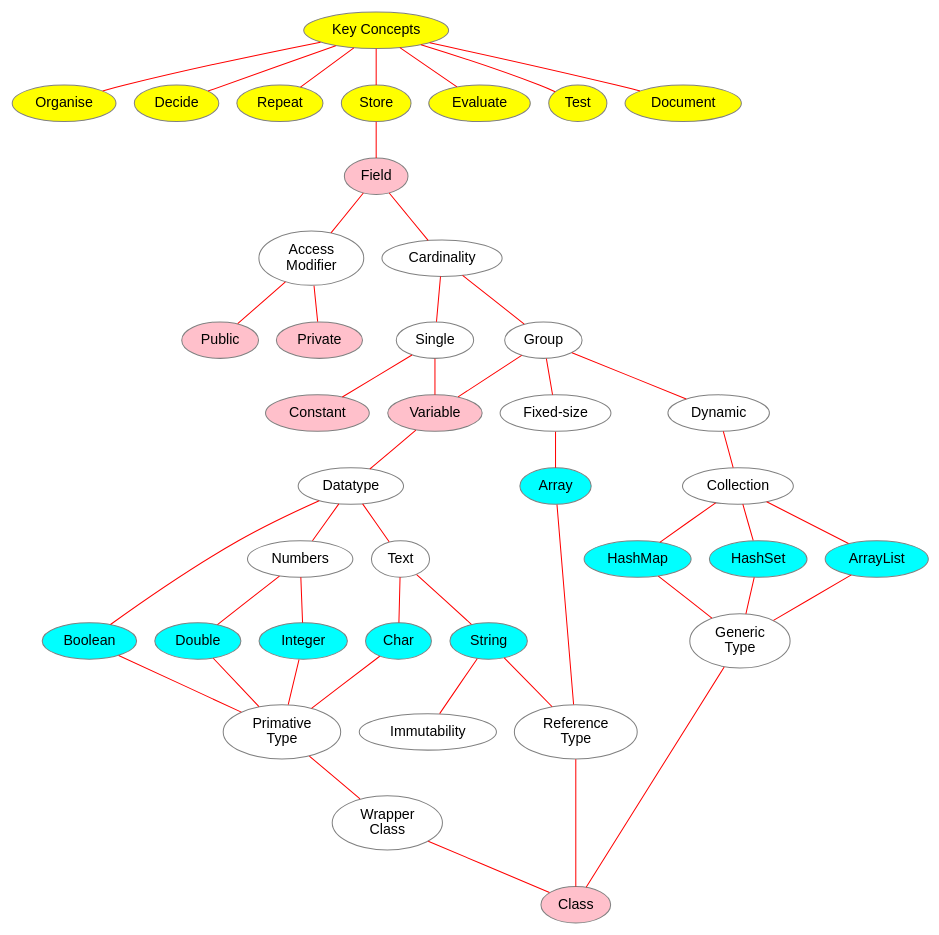
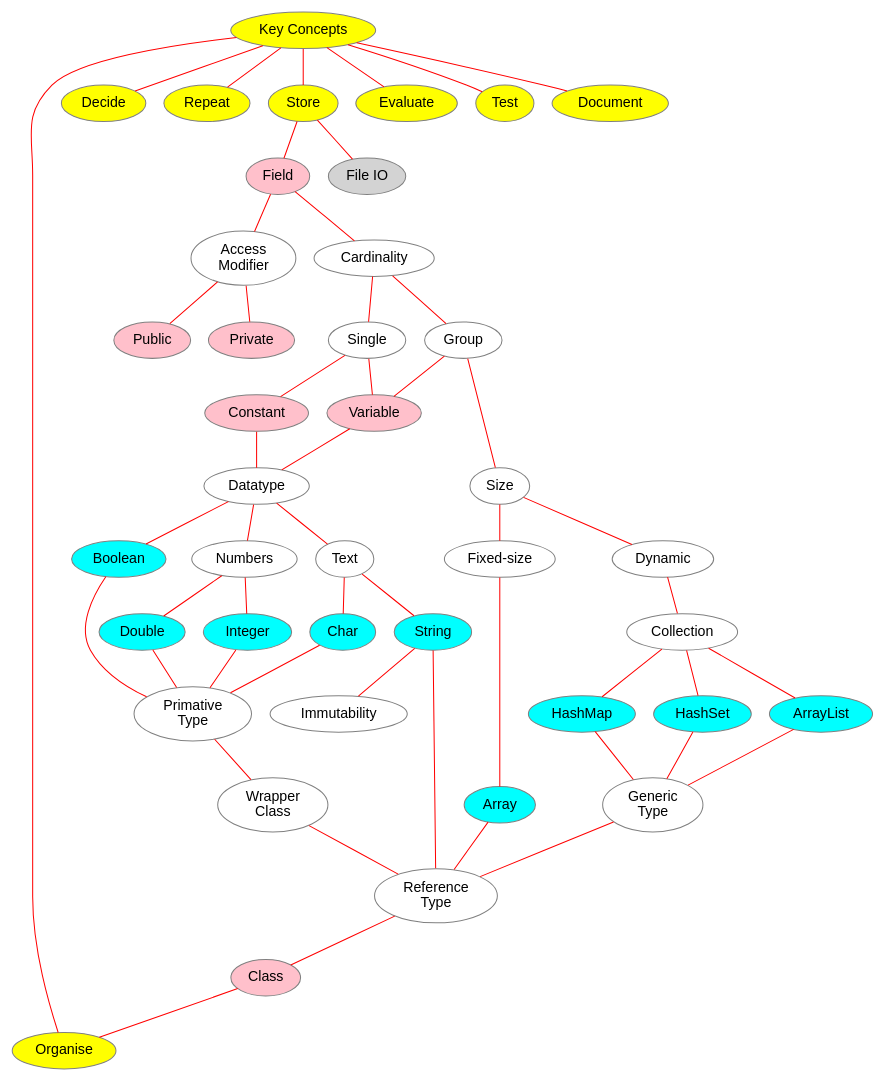
The diagram in kth-dd1337/dd1337-concept-store.dot (rjglasse/learning-maps), drawn with Graphviz before and after one commit.

Commit message:
Update learning map for DD1337-store

```diff
--- a/kth-dd1337/dd1337-concept-store.dot
+++ b/kth-dd1337/dd1337-concept-store.dot
@@ -1,122 +1,124 @@
 graph G {
 
     bgcolor="white"
     node [color="gray", fontcolor="black", fillcolor="white", style="filled", fontname="Helvetica"]
     edge [color="red"]
 
     // Concepts
     "Key Concepts" [fillcolor="yellow"]
     Organise [fillcolor="yellow"]
     Decide [fillcolor="yellow"]
     Repeat [fillcolor="yellow"]
     Store [fillcolor="yellow"]
     Evaluate [fillcolor="yellow"]
     Test [fillcolor="yellow"]
     Document [fillcolor="yellow"]
 
     // Types
     Array [fillcolor="cyan"]
     HashMap [fillcolor="cyan"]
     HashSet [fillcolor="cyan"]
     ArrayList [fillcolor="cyan"]
     String [fillcolor="cyan"]
     Char [fillcolor="cyan"]
     Double [fillcolor="cyan"]
     Boolean [fillcolor="cyan"]
     Integer [fillcolor="cyan"]
 
     // Concrete
     Field [fillcolor="pink"]
     Constant [fillcolor="pink"]
     Variable [fillcolor="pink"]
     Class [fillcolor="pink"]
     Public [fillcolor="pink"]
     Private [fillcolor="pink"]
+    "File IO" [fillcolor="lightgray"]
     /* "If / Else" [fillcolor="pink"]
     Main  [fillcolor="pink"]
     Method [fillcolor="pink"]
     Constructor [fillcolor="pink"]
     Statement  [fillcolor="pink"]
     Operator [fillcolor="pink"]
     "Conditional\nStatement" [fillcolor="pink"]
     "Boolean\nOperator" [fillcolor="pink"]
     "Arithmetic\nOperator" [fillcolor="pink"]
     "Equality\nOperator" [fillcolor="pink"]
     Expression [fillcolor="pink"]
     "Compound\nExpression" [fillcolor="pink"]
     While [fillcolor="pink"]
     For [fillcolor="pink"]
     Iterator [fillcolor="pink"]
     "For-each" [fillcolor="pink"]
     java [fillcolor="pink"]
     javac [fillcolor="pink"]
     javadoc [fillcolor="pink"]
     Comment [fillcolor="pink"]
     "Unit\nTest" [fillcolor="pink"] */
 
 
     "Key Concepts" -- Organise, Decide, Repeat, Store, Evaluate, Test, Document
 
     // Decide
     /* Decide -- "Conditional\nStatement"
     "Conditional\nStatement" -- Boolean, Expression, "If / Else"
     Expression -- "Compound\nExpression"
     "Compound\nExpression" -- "Boolean\nOperator"
     "Boolean\nOperator" -- Boolean */
 
     // Organise
     /* Organise -- Class, Method, Statement
     Method -- Constructor, Main, "Instance\nMethod", "Class\nMethod"
     "Instance\nMethod" -- Object */
 
 
     // Repeat
     /* Repeat -- Iteration
     Iteration -- Behaviour, Loops
     Loops -- While
     While -- For, Iterator
     Iterator -- "For-each"
     Behaviour -- Stages, Correctness, Infinity
     Stages -- Initialisation, Evaluation, Modification */
 
     // Store
-    Store -- Field
+    Store -- Field, "File IO"
     Field -- "Access\nModifier" -- Public, Private
     Field -- Cardinality
     Cardinality -- Single, Group -- Variable
     Single -- Constant
-    Variable -- Datatype
-    Group -- "Fixed-size", Dynamic
+    Variable, Constant -- Datatype
+    Group -- Size -- "Fixed-size", Dynamic
     "Fixed-size" -- Array
     Dynamic -- Collection
     Collection -- ArrayList, HashSet, HashMap
     Datatype -- Numbers, Text, Boolean
     Numbers -- Integer, Double
     Text -- Char, String
     String -- Immutability, "Reference\nType"
     "Reference\nType" -- Class
     Integer, Boolean, Char, Double -- "Primative\nType"
     ArrayList, HashSet, HashMap -- "Generic\nType"
     Array -- "Reference\nType"
     "Primative\nType" -- "Wrapper\nClass"
-    "Wrapper\nClass" -- Class
-    "Generic\nType" -- Class
+    "Wrapper\nClass" -- "Reference\nType"
+    "Generic\nType" -- "Reference\nType"
+    Class -- Organise
 
     // Evaluate
     /* Evaluate -- Compilation, Runtime, Operator, "Method\nCalling"
     Runtime -- Object, java, "Garbage\nCollection"
     java -- JVM, Main
     JVM -- Object
     Object -- Lifecycle -- Creation -- State -- Destruction -- "Garbage\nCollection"
     Compilation -- javac, Error
     Operator -- Precedence, "Arithmetic\nOperator", "Equality\nOperator", "Boolean\nOperator" */
 
     // Test
     /* Test -- Bug -- "Unit\nTest", Debugging
     Test -- Strategy -- "Positive\nNegative", "Boundary\nExtreme"
     "Unit\nTest" -- "Test\nSuite", TDD, Assert */
 
     // Document
     /* Document -- javadoc, Comment
     Comment -- Intent, "Self\nDocumenting" */
 }
```
